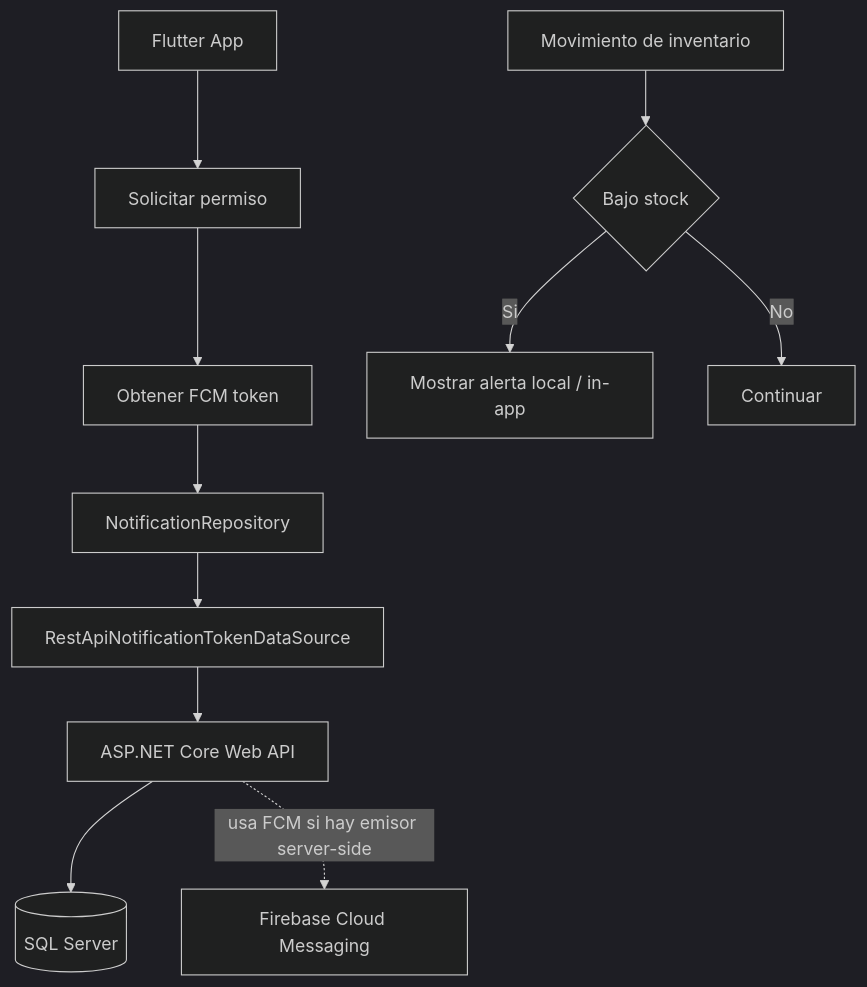
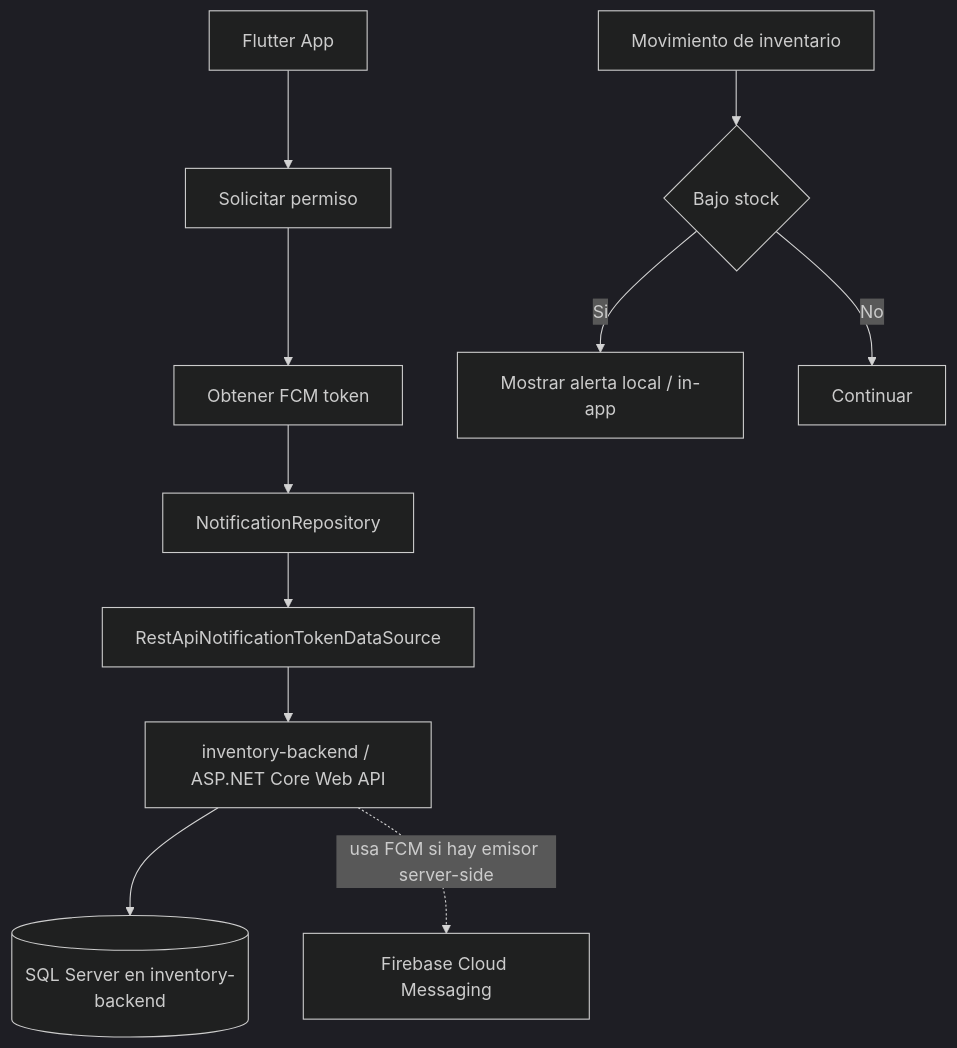
One commit to DevTeam-DAKFC/inventory-mobile-project changed the eighth of 8 diagrams in docs/architecture/system-architecture.md. Above: the diagram before and after it, drawn with Mermaid (dark theme). The commit also changed other lines of this file and 1 other file, not shown here.

Commit message:
docs(architecture): align system docs with backend repository split

````diff
--- a/docs/architecture/system-architecture.md
+++ b/docs/architecture/system-architecture.md
@@ -559,14 +559,14 @@
 ```mermaid
 flowchart TD
     App[Flutter App] --> Permission[Solicitar permiso]
     Permission --> Token[Obtener FCM token]
     Token --> Repo[NotificationRepository]
     Repo --> RestDS[RestApiNotificationTokenDataSource]
-    RestDS --> Api[ASP.NET Core Web API]
-    Api --> Sql[(SQL Server)]
+    RestDS --> Api[inventory-backend / ASP.NET Core Web API]
+    Api --> Sql[(SQL Server en inventory-backend)]
     Api -. usa FCM si hay emisor server-side .-> FCM[Firebase Cloud Messaging]
 
     Movement[Movimiento de inventario] --> LowStock{Bajo stock}
     LowStock -->|Si| LocalAlert[Mostrar alerta local / in-app]
     LowStock -->|No| End[Continuar]
 ```
````
